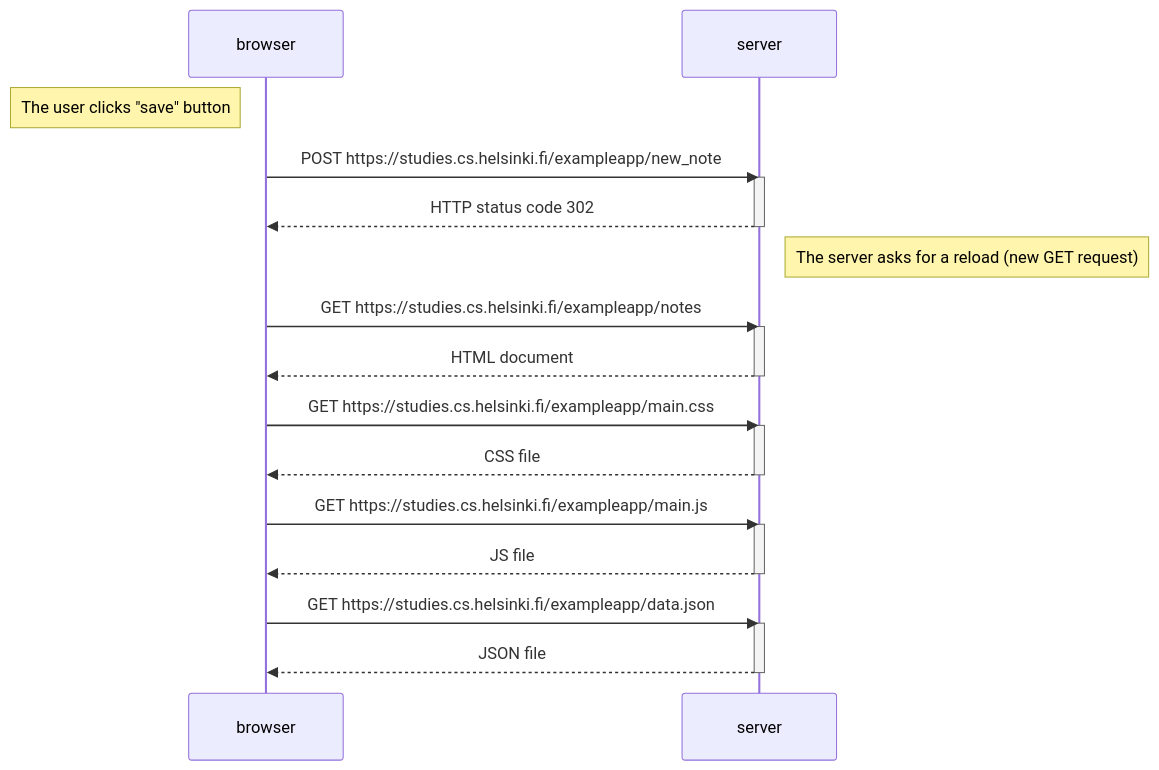
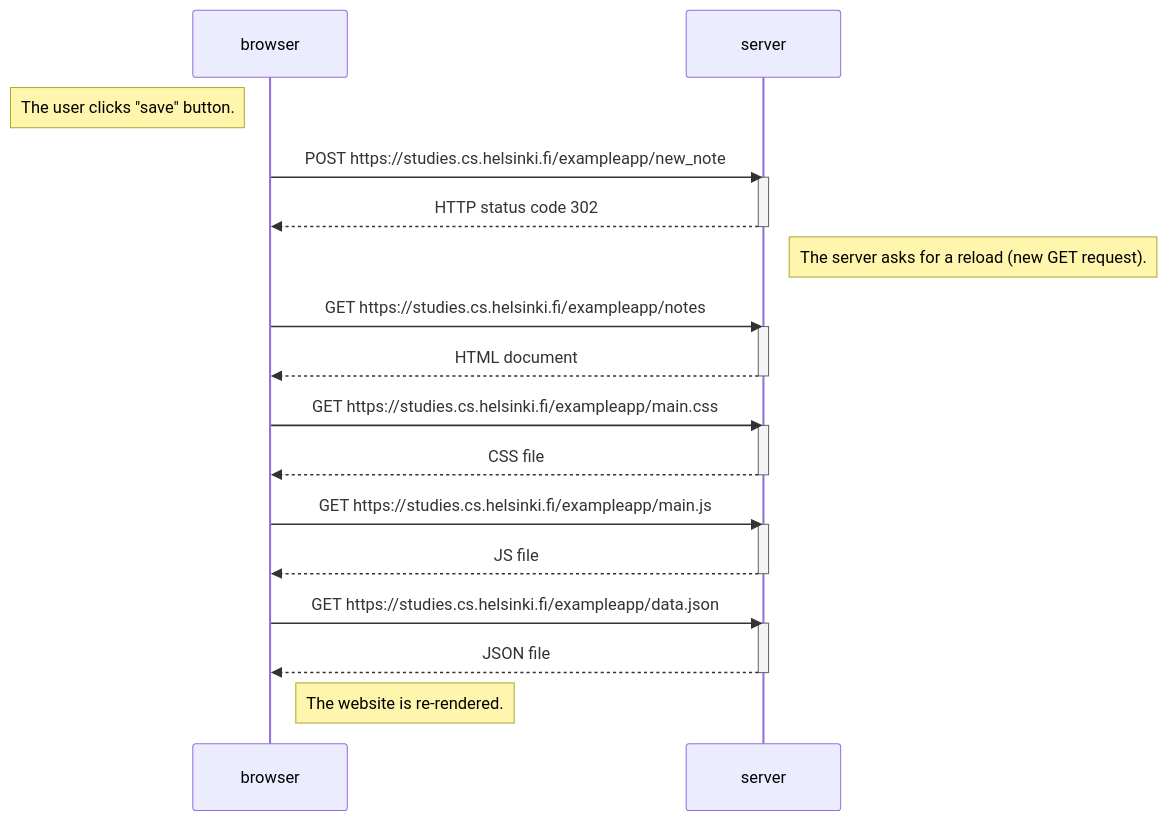
The diagram in part0/new_note_diagram.md (joellehtonen/fullstackopen), drawn with Mermaid before and after one commit.

Commit message:
added new comment

````diff
--- a/part0/new_note_diagram.md
+++ b/part0/new_note_diagram.md
@@ -1,34 +1,36 @@
 ```mermaid
 sequenceDiagram
     participant browser
     participant server
     
-    Note left of browser: The user clicks "save" button
+    Note left of browser: The user clicks "save" button.
 
     browser->>server: POST https://studies.cs.helsinki.fi/exampleapp/new_note
     activate server
     server-->>browser: HTTP status code 302
     deactivate server
 
-    Note right of server: The server asks for a reload (new GET request)
+    Note right of server: The server asks for a reload (new GET request).
 
     browser->>server: GET https://studies.cs.helsinki.fi/exampleapp/notes
     activate server
     server-->>browser: HTML document
     deactivate server
 
     browser->>server: GET https://studies.cs.helsinki.fi/exampleapp/main.css
     activate server
     server-->>browser: CSS file
     deactivate server
 
     browser->>server: GET https://studies.cs.helsinki.fi/exampleapp/main.js
     activate server
     server-->>browser: JS file
     deactivate server
 
     browser->>server: GET https://studies.cs.helsinki.fi/exampleapp/data.json
     activate server
     server-->>browser: JSON file
     deactivate server
+
+    Note right of browser: The website is re-rendered.
 ```
````
